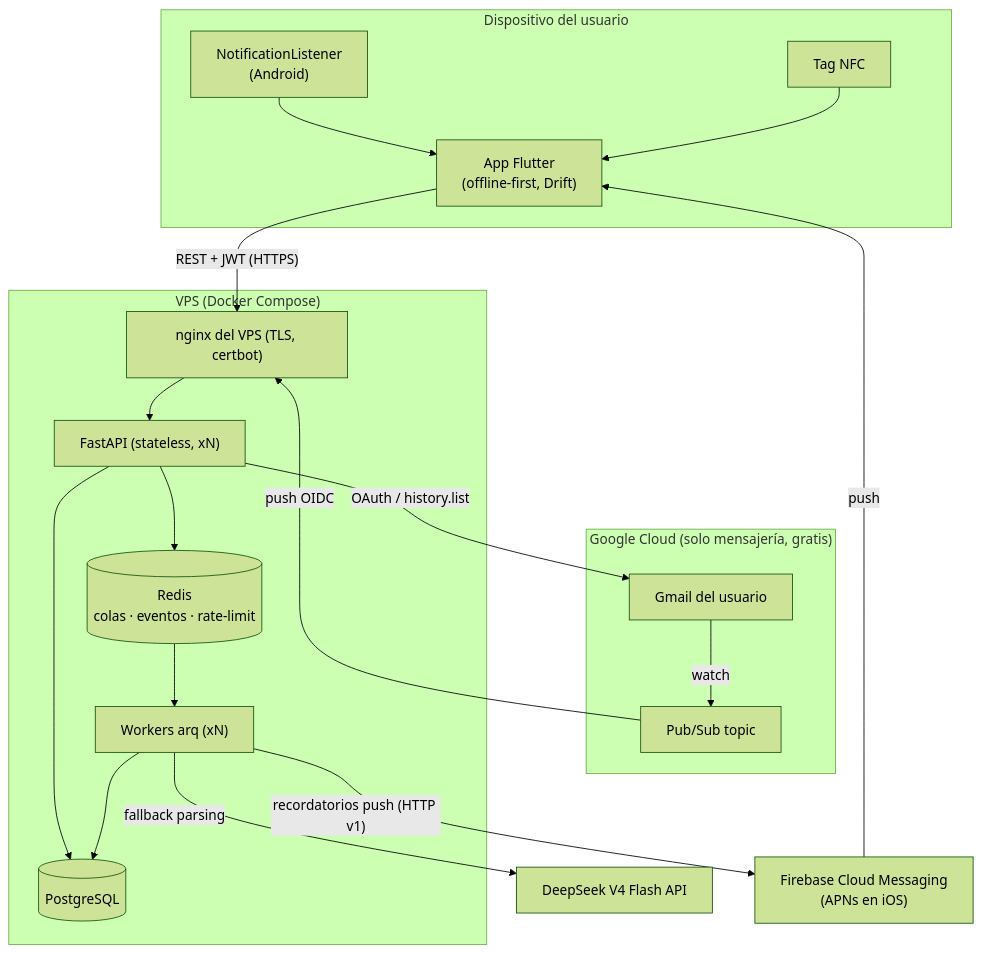
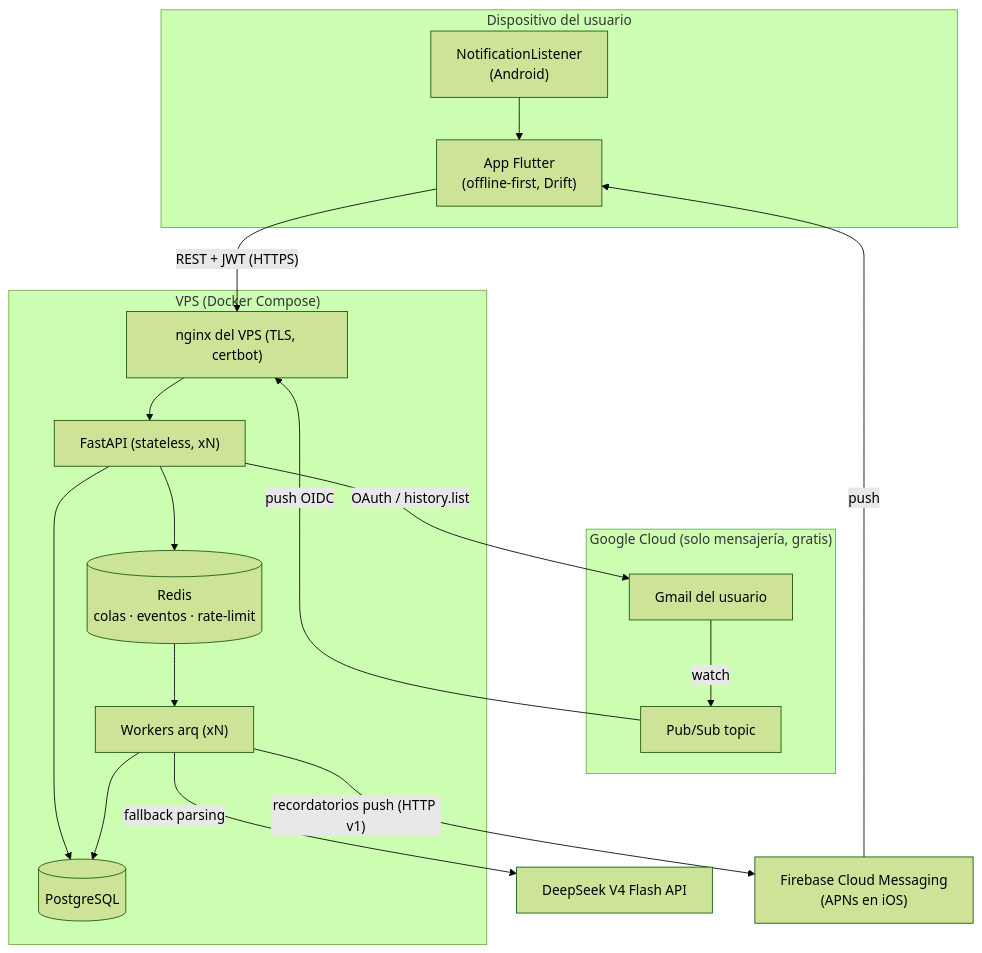
The first of 2 diagrams in docs/specs/003-architecture/spec.md (CristianmMst/luka), drawn with Mermaid (forest theme) before and after one commit. The commit also changed other lines of this file and 89 other files, not shown here.

````diff
--- a/docs/specs/003-architecture/spec.md
+++ b/docs/specs/003-architecture/spec.md
@@ -5,37 +5,35 @@
 ```mermaid
 flowchart TB
     subgraph device["Dispositivo del usuario"]
         APP["App Flutter<br/>(offline-first, Drift)"]
         NL["NotificationListener<br/>(Android)"]
-        NFC["Tag NFC"]
         NL --> APP
-        NFC --> APP
     end
 
     subgraph gcp["Google Cloud (solo mensajería, gratis)"]
         GMAIL["Gmail del usuario"] -->|watch| PUBSUB["Pub/Sub topic"]
     end
 
     subgraph vps["VPS (Docker Compose)"]
         CADDY["nginx del VPS (TLS, certbot)"]
         API["FastAPI (stateless, xN)"]
         WK["Workers arq (xN)"]
         PG[("PostgreSQL")]
         RD[("Redis<br/>colas · eventos · rate-limit")]
         CADDY --> API
         API --> PG
         API --> RD
         RD --> WK
         WK --> PG
     end
 
     DS["DeepSeek V4 Flash API"]
     FCM["Firebase Cloud Messaging<br/>(APNs en iOS)"]
 
     APP -->|"REST + JWT (HTTPS)"| CADDY
     PUBSUB -->|"push OIDC"| CADDY
     WK -->|fallback parsing| DS
     API -->|"OAuth / history.list"| GMAIL
     WK -->|"recordatorios push (HTTP v1)"| FCM
     FCM -->|push| APP
 ```
````
